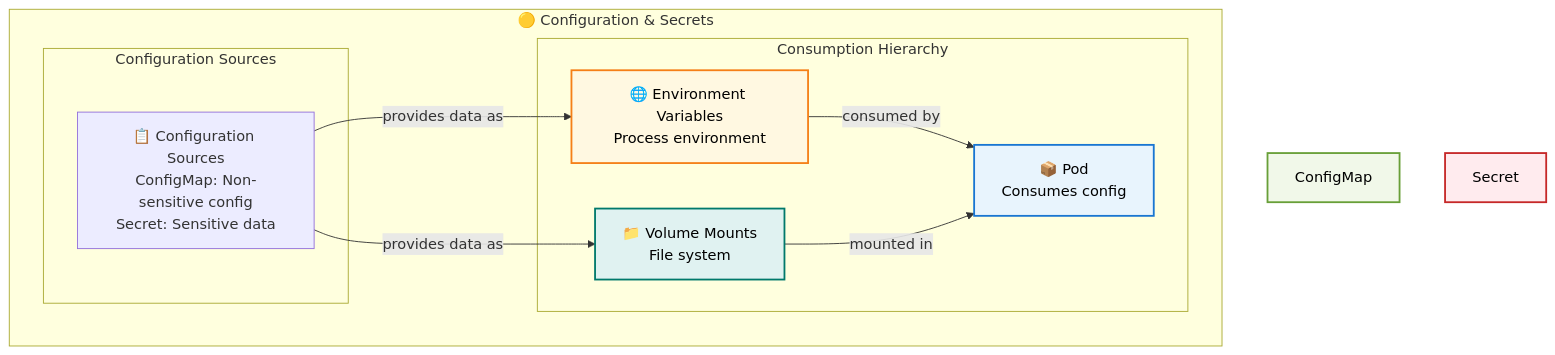
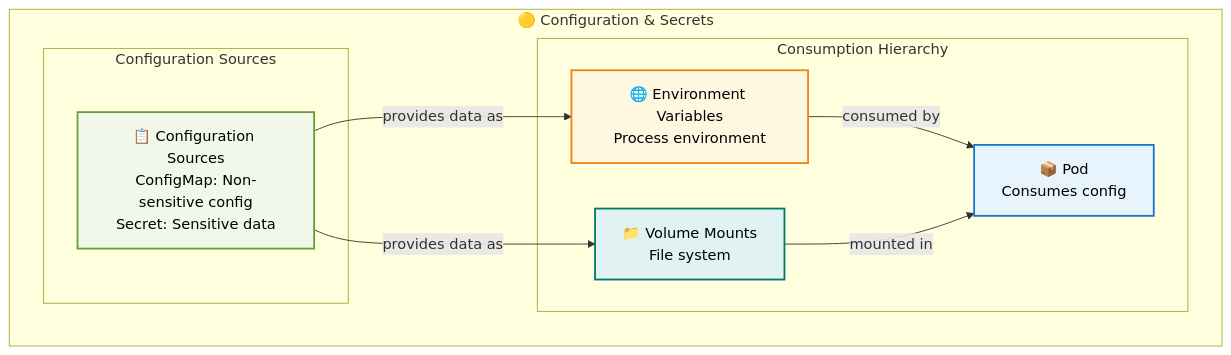
One commit to razkevich/system_design_course changed the fifth of 8 diagrams in 1.4_distributed_systems/kubernetes_developer_guide.md. Above: the diagram before and after it, drawn with Mermaid.

Commit message:
exactly once

````diff
--- a/1.4_distributed_systems/kubernetes_developer_guide.md
+++ b/1.4_distributed_systems/kubernetes_developer_guide.md
@@ -169,26 +169,25 @@
 ```mermaid
 flowchart TD
     subgraph "🟡 Configuration & Secrets"
         
         subgraph "Configuration Sources"
             ConfigSources["📋 Configuration Sources<br/>ConfigMap: Non-sensitive config<br/>Secret: Sensitive data"]
         end
         
         subgraph "Consumption Hierarchy"
             EnvVar["🌐 Environment Variables<br/>Process environment"]
             VolumeMount["📁 Volume Mounts<br/>File system"]
             ConfigPod["📦 Pod<br/>Consumes config"]
             
             ConfigSources -->|"provides data as"| EnvVar
             ConfigSources -->|"provides data as"| VolumeMount
             EnvVar -->|"consumed by"| ConfigPod
             VolumeMount -->|"mounted in"| ConfigPod
         end
     end
     
     style ConfigPod fill:#e8f4fd,stroke:#1976d2,stroke-width:2px,color:#000
-    style ConfigMap fill:#f1f8e9,stroke:#689f38,stroke-width:2px,color:#000
-    style Secret fill:#ffebee,stroke:#c62828,stroke-width:2px,color:#000
+    style ConfigSources fill:#f1f8e9,stroke:#689f38,stroke-width:2px,color:#000
     style EnvVar fill:#fff8e1,stroke:#f57f17,stroke-width:2px,color:#000
     style VolumeMount fill:#e0f2f1,stroke:#00796b,stroke-width:2px,color:#000
 ```
````
